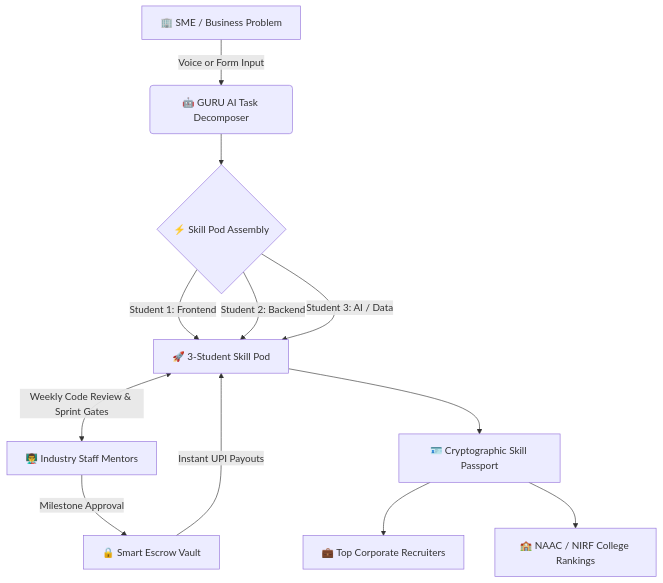
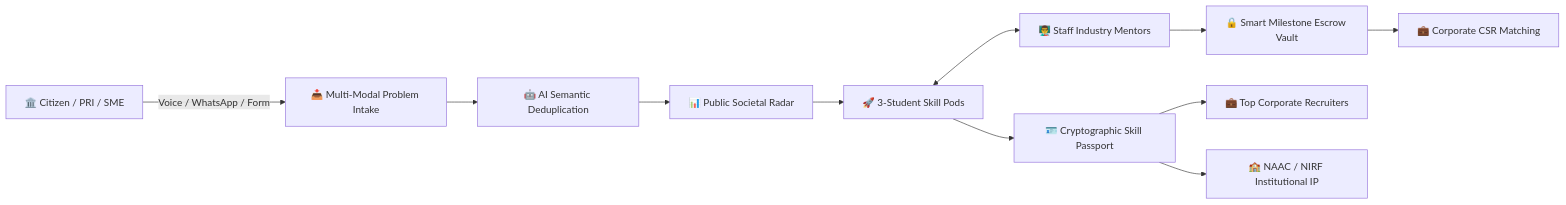
Before and after one commit to mrsankya/Skill-Pods: the diagram in README.md, drawn with Mermaid. The commit also changed other lines of this file, not shown here.

Commit message:
docs: elevate README with Cross-Domain Problem Solving, SIH26043 ecosystem, GIS heatmap, and updated repo links

````diff
--- a/README.md
+++ b/README.md
@@ -35,14 +94,13 @@
 ```mermaid
-graph TD
-    A[🏢 SME / Business Problem] -->|Voice or Form Input| B(🤖 GURU AI Task Decomposer)
-    B --> C{⚡ Skill Pod Assembly}
-    C -->|Student 1: Frontend| D[🚀 3-Student Skill Pod]
-    C -->|Student 2: Backend| D
-    C -->|Student 3: AI / Data| D
-    D <-->|Weekly Code Review & Sprint Gates| E[👨‍🏫 Industry Staff Mentors]
-    E -->|Milestone Approval| F[🔒 Smart Escrow Vault]
-    F -->|Instant UPI Payouts| D
-    D --> G[🪪 Cryptographic Skill Passport]
-    G --> H[💼 Top Corporate Recruiters]
-    G --> I[🏫 NAAC / NIRF College Rankings]
+flowchart LR
+    Citizen[🏛️ Citizen / PRI / SME] -->|Voice / WhatsApp / Form| Intake[📥 Multi-Modal Problem Intake]
+    Intake --> Dedupe[🤖 AI Semantic Deduplication]
+    Dedupe --> Triage[📊 Public Societal Radar]
+    Triage --> Pods[🚀 3-Student Skill Pods]
+    Pods <--> Mentors[👨‍🏫 Staff Industry Mentors]
+    Mentors --> Escrow[🔒 Smart Milestone Escrow Vault]
+    Escrow --> CSR[💼 Corporate CSR Matching]
+    Pods --> Passport[🪪 Cryptographic Skill Passport]
+    Passport --> Placement[💼 Top Corporate Recruiters]
+    Passport --> NAAC[🏫 NAAC / NIRF Institutional IP]
 ```
````
